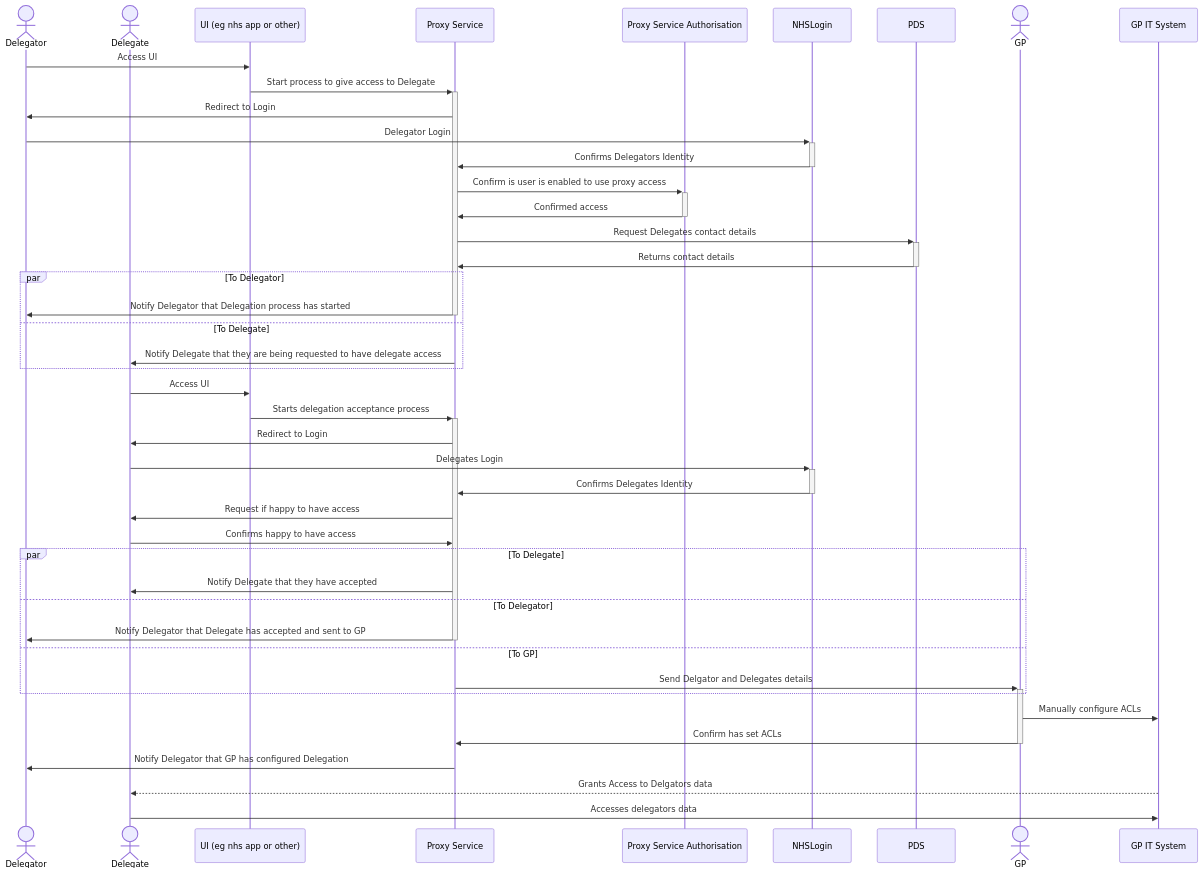
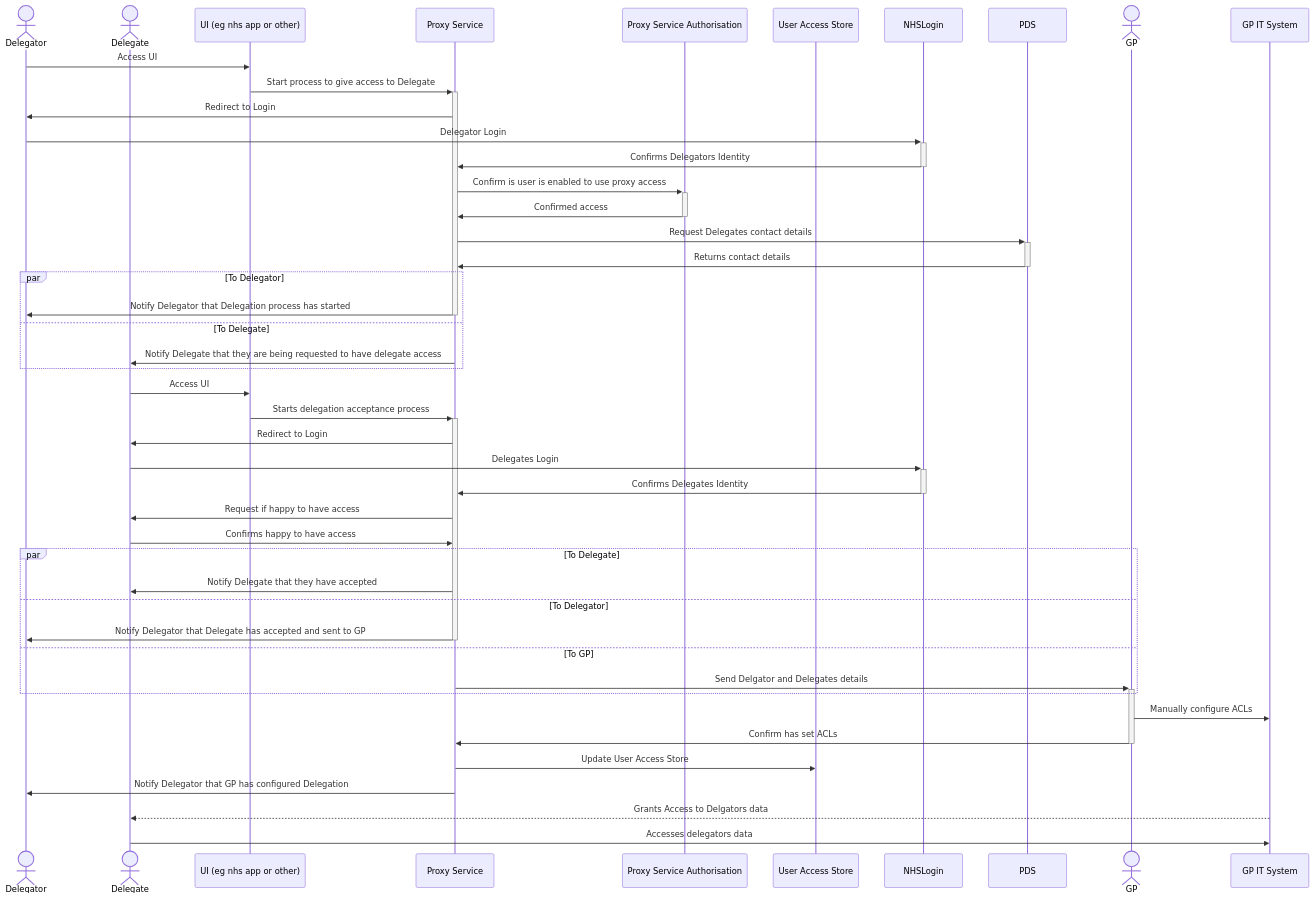
One commit to nhsexperience/nhs-experience changed the diagram in docs/nhs-proxy/proxy-mvp/index.md. Above: the diagram before and after it, drawn with Mermaid. The commit also changed other lines of this file, not shown here.

Commit message:
Added the User Access Store.

````diff
--- a/docs/nhs-proxy/proxy-mvp/index.md
+++ b/docs/nhs-proxy/proxy-mvp/index.md
@@ -23,47 +41,49 @@
 ```mermaid
 sequenceDiagram
     actor Delegator
     actor Delegate
     participant UI as UI (eg nhs app or other)
     participant ProxyService as Proxy Service
     participant ProxyServiceAuth as Proxy Service Authorisation
+    participant UserAccessStore as User Access Store
     participant NHSLogin
     participant PDS
     actor GP
     participant GPIT as GP IT System
 
     Delegator->>UI: Access UI
     UI->>+ProxyService: Start process to give access to Delegate
     ProxyService->>Delegator: Redirect to Login
     Delegator->>+NHSLogin: Delegator Login
     NHSLogin->>-ProxyService: Confirms Delegators Identity
     ProxyService->>+ProxyServiceAuth: Confirm is user is enabled to use proxy access
     ProxyServiceAuth->>-ProxyService: Confirmed access
     ProxyService->>+PDS: Request Delegates contact details
     PDS->>-ProxyService: Returns contact details
     par To Delegator
         ProxyService->>-Delegator: Notify Delegator that Delegation process has started
     and To Delegate
         ProxyService->>Delegate: Notify Delegate that they are being requested to have delegate access
     end
     Delegate->>UI: Access UI
     UI->>+ProxyService: Starts delegation acceptance process
     ProxyService->>Delegate: Redirect to Login
     Delegate->>+NHSLogin: Delegates Login
     NHSLogin->>-ProxyService: Confirms Delegates Identity 
     ProxyService->>Delegate: Request if happy to have access   
     Delegate->>ProxyService: Confirms happy to have access
     par To Delegate
         ProxyService->>Delegate: Notify Delegate that they have accepted
     and To Delegator
         ProxyService->>-Delegator: Notify Delegator that Delegate has accepted and sent to GP       
     and To GP
         ProxyService->>+GP: Send Delgator and Delegates details 
     end
     GP->>GPIT: Manually configure ACLs
     GP->>-ProxyService: Confirm has set ACLs
+    ProxyService->>UserAccessStore: Update User Access Store
     ProxyService->>Delegator: Notify Delegator that GP has configured Delegation
     GPIT-->>Delegate: Grants Access to Delgators data
     Delegate->>GPIT: Accesses delegators data
 
 ```
````
